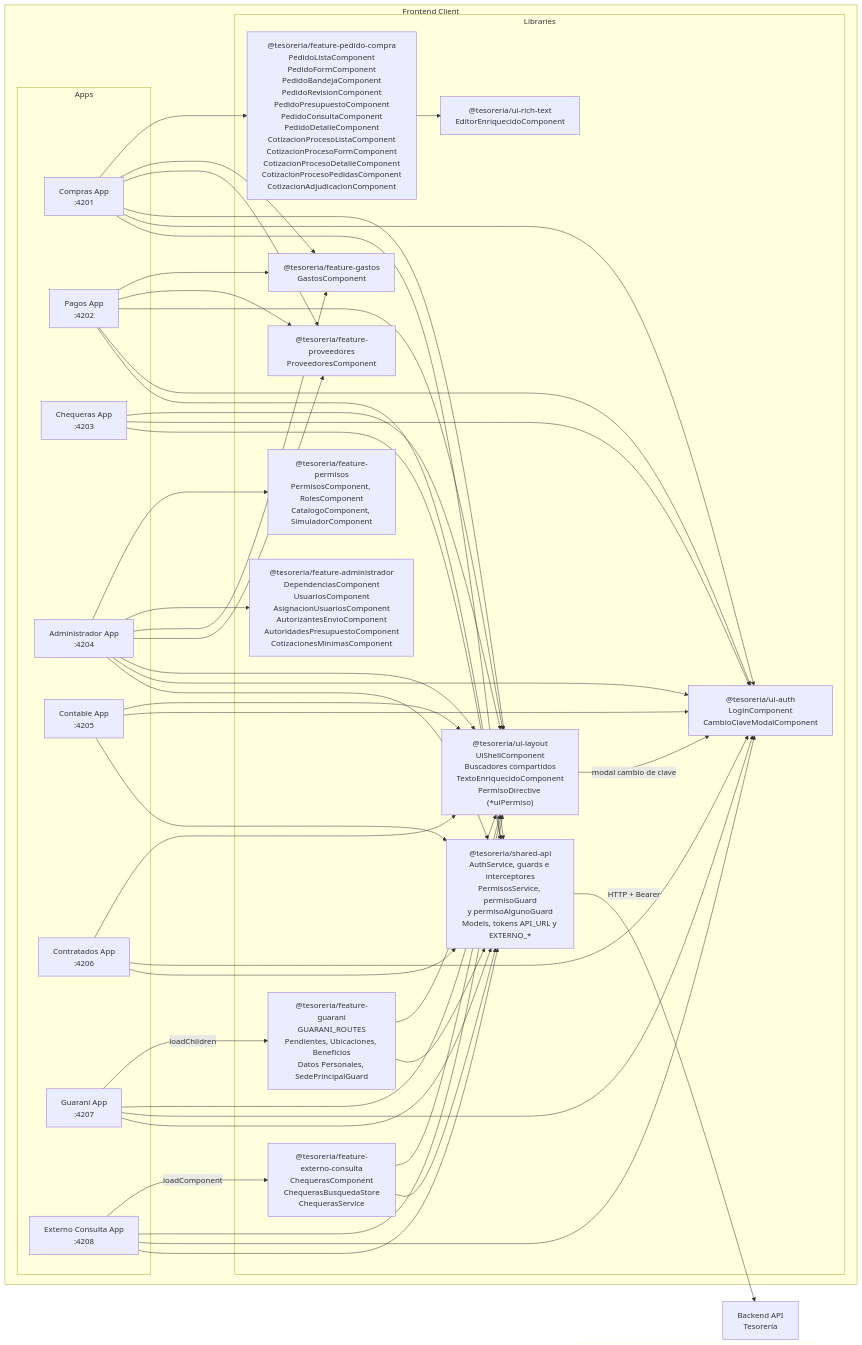
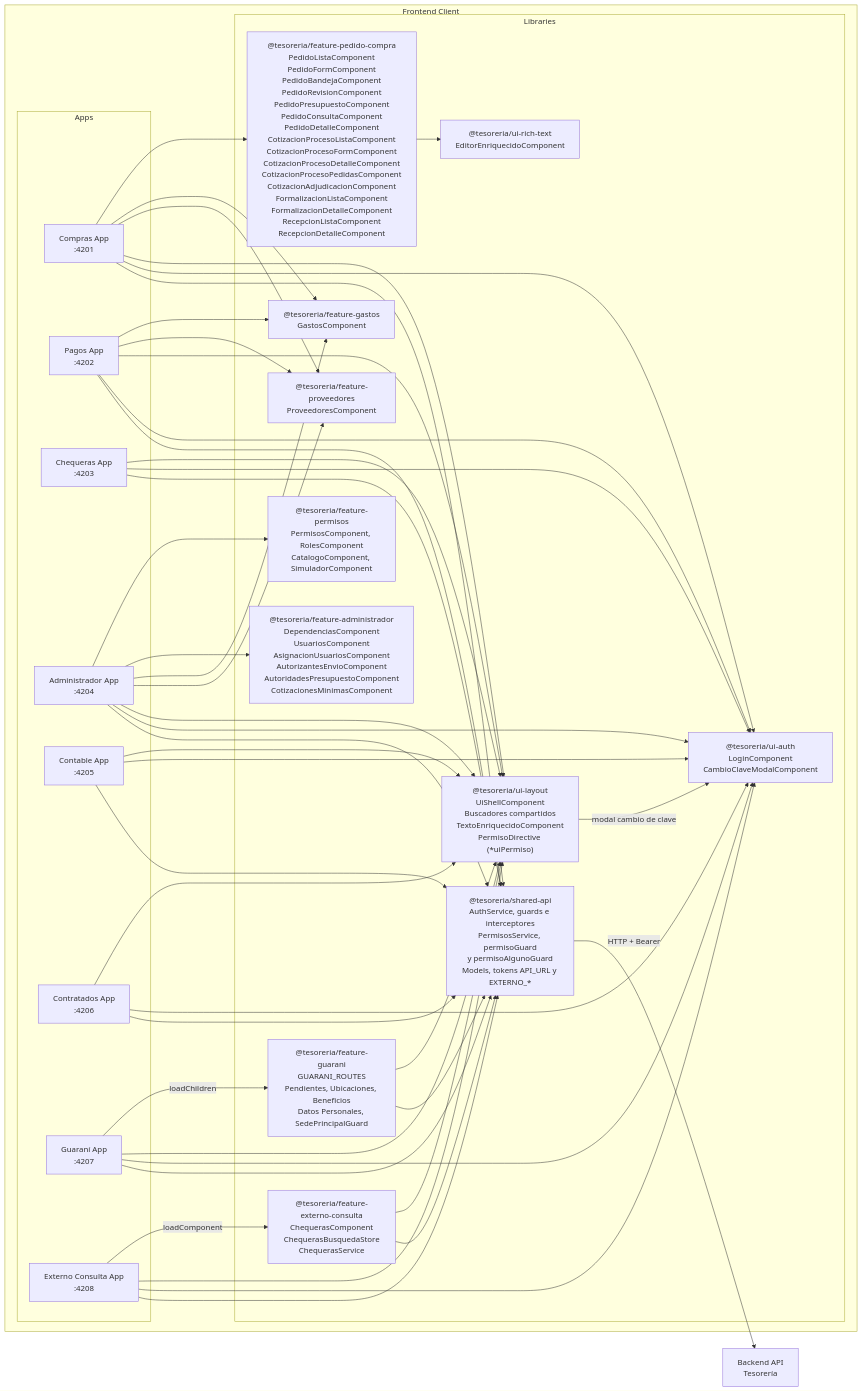
Before and after one commit to UM-services/UM.tesoreria.frontend-client: the first of 7 diagrams in docs/architecture.md, drawn with Mermaid. The commit also changed other lines of this file and 1 other file, not shown here.

````diff
--- a/docs/architecture.md
+++ b/docs/architecture.md
@@ -5,82 +5,82 @@
 ```mermaid
     flowchart LR
     subgraph "Frontend Client"
         subgraph "Apps"
             Compras["Compras App<br/>:4201"]
             Pagos["Pagos App<br/>:4202"]
             Chequeras["Chequeras App<br/>:4203"]
             Admin["Administrador App<br/>:4204"]
             Contable["Contable App<br/>:4205"]
             Contratados["Contratados App<br/>:4206"]
             Guarani["Guaraní App<br/>:4207"]
             ExternoConsulta["Externo Consulta App<br/>:4208"]
         end
 
         subgraph "Libraries"
             SharedAPI["@tesoreria/shared-api<br/>AuthService, guards e interceptores<br/>PermisosService, permisoGuard<br/>y permisoAlgunoGuard<br/>Models, tokens API_URL y EXTERNO_*"]
             UIAuth["@tesoreria/ui-auth<br/>LoginComponent<br/>CambioClaveModalComponent"]
             UILayout["@tesoreria/ui-layout<br/>UiShellComponent<br/>Buscadores compartidos<br/>TextoEnriquecidoComponent<br/>PermisoDirective (*uiPermiso)"]
             UIRichText["@tesoreria/ui-rich-text<br/>EditorEnriquecidoComponent"]
             FeatureProveedores["@tesoreria/feature-proveedores<br/>ProveedoresComponent"]
             FeatureGastos["@tesoreria/feature-gastos<br/>GastosComponent"]
-            FeaturePedidoCompra["@tesoreria/feature-pedido-compra<br/>PedidoListaComponent<br/>PedidoFormComponent<br/>PedidoBandejaComponent<br/>PedidoRevisionComponent<br/>PedidoPresupuestoComponent<br/>PedidoConsultaComponent<br/>PedidoDetalleComponent<br/>CotizacionProcesoListaComponent<br/>CotizacionProcesoFormComponent<br/>CotizacionProcesoDetalleComponent<br/>CotizacionProcesoPedidasComponent<br/>CotizacionAdjudicacionComponent"]
+            FeaturePedidoCompra["@tesoreria/feature-pedido-compra<br/>PedidoListaComponent<br/>PedidoFormComponent<br/>PedidoBandejaComponent<br/>PedidoRevisionComponent<br/>PedidoPresupuestoComponent<br/>PedidoConsultaComponent<br/>PedidoDetalleComponent<br/>CotizacionProcesoListaComponent<br/>CotizacionProcesoFormComponent<br/>CotizacionProcesoDetalleComponent<br/>CotizacionProcesoPedidasComponent<br/>CotizacionAdjudicacionComponent<br/>FormalizacionListaComponent<br/>FormalizacionDetalleComponent<br/>RecepcionListaComponent<br/>RecepcionDetalleComponent"]
             FeatureAdministrador["@tesoreria/feature-administrador<br/>DependenciasComponent<br/>UsuariosComponent<br/>AsignacionUsuariosComponent<br/>AutorizantesEnvioComponent<br/>AutoridadesPresupuestoComponent<br/>CotizacionesMinimasComponent"]
             FeaturePermisos["@tesoreria/feature-permisos<br/>PermisosComponent, RolesComponent<br/>CatalogoComponent, SimuladorComponent"]
             FeatureGuarani["@tesoreria/feature-guarani<br/>GUARANI_ROUTES<br/>Pendientes, Ubicaciones, Beneficios<br/>Datos Personales, SedePrincipalGuard"]
             FeatureExterno["@tesoreria/feature-externo-consulta<br/>ChequerasComponent<br/>ChequerasBusquedaStore<br/>ChequerasService"]
         end
     end
 
     Compras --> SharedAPI
     Compras --> UIAuth
     Compras --> UILayout
     Compras --> FeatureProveedores
     Compras --> FeatureGastos
     Compras --> FeaturePedidoCompra
 
     Pagos --> SharedAPI
     Pagos --> UIAuth
     Pagos --> UILayout
     Pagos --> FeatureProveedores
     Pagos --> FeatureGastos
 
     Chequeras --> SharedAPI
     Chequeras --> UIAuth
     Chequeras --> UILayout
 
     Admin --> SharedAPI
     Admin --> UIAuth
     Admin --> UILayout
     Admin --> FeatureProveedores
     Admin --> FeatureGastos
     Admin --> FeatureAdministrador
     Admin --> FeaturePermisos
 
     Contable --> SharedAPI
     Contable --> UIAuth
     Contable --> UILayout
 
     Contratados --> SharedAPI
     Contratados --> UIAuth
     Contratados --> UILayout
 
     Guarani --> SharedAPI
     Guarani --> UIAuth
     Guarani --> UILayout
     Guarani -->|"loadChildren"| FeatureGuarani
     FeatureGuarani --> SharedAPI
     FeatureGuarani --> UILayout
 
     ExternoConsulta --> SharedAPI
     ExternoConsulta --> UIAuth
     ExternoConsulta --> UILayout
     ExternoConsulta -->|"loadComponent"| FeatureExterno
     FeatureExterno --> SharedAPI
     FeatureExterno --> UILayout
 
     FeaturePedidoCompra --> UIRichText
 
     UILayout -->|"modal cambio de clave"| UIAuth
 
     SharedAPI -->|"HTTP + Bearer"| BackendAPI["Backend API<br/>Tesorería"]
 ```
````
